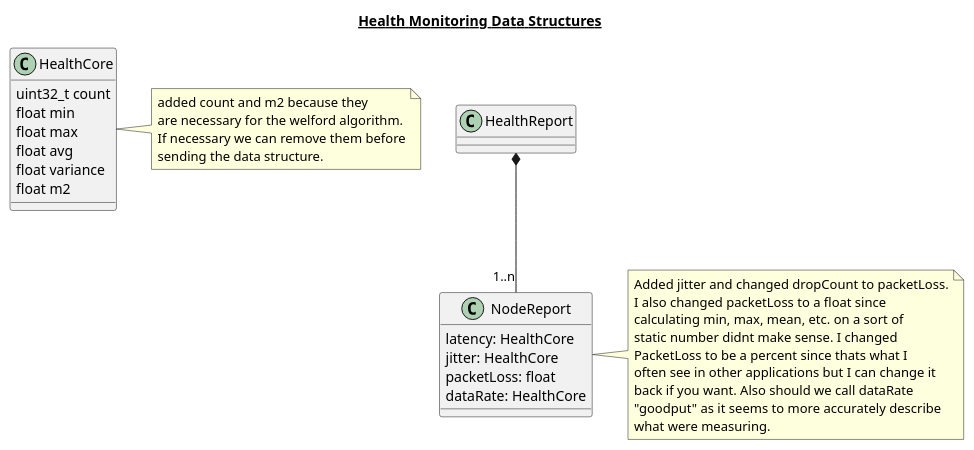
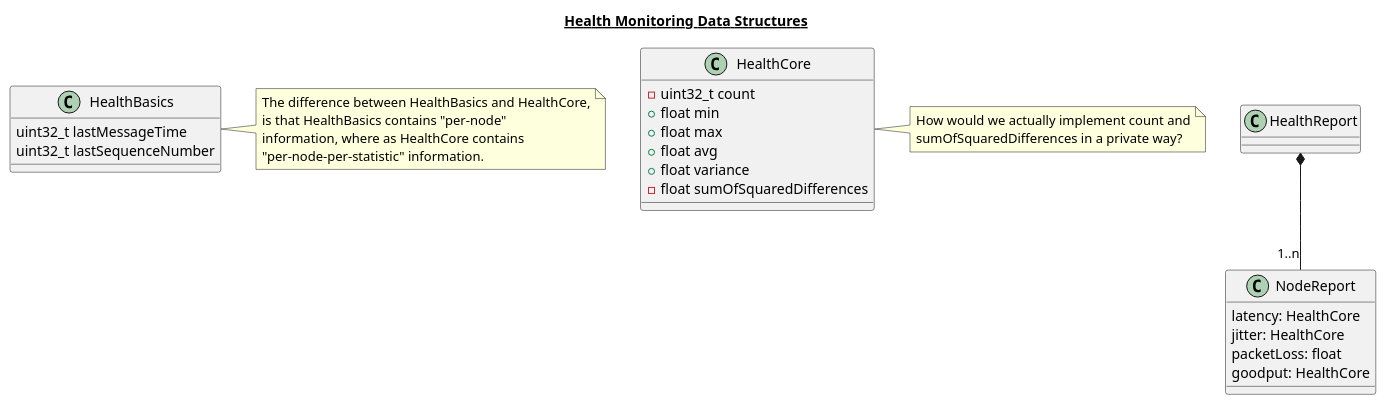
One commit to SystemsCyber/Software-Defined-Truck changed the third of 7 diagrams in Doc/Documentation.md. Above: the diagram before and after it, drawn with PlantUML. The commit also changed other lines of this file and 6 other files, not shown here.

````diff
--- a/Doc/Documentation.md
+++ b/Doc/Documentation.md
@@ -83,23 +77,28 @@
 ```plantuml
 @startuml
     title <u>Health Monitoring Data Structures</u>
+    class HealthBasics {
+        uint32_t lastMessageTime
+        uint32_t lastSequenceNumber
+    }
+    note right of HealthBasics: The difference between HealthBasics and HealthCore,\nis that HealthBasics contains "per-node"\ninformation, where as HealthCore contains\n"per-node-per-statistic" information.
     class HealthCore{
-        uint32_t count
-        float min
-        float max
-        float avg
-        float variance
-        float m2
+        -uint32_t count
+        +float min
+        +float max
+        +float avg
+        +float variance
+        -float sumOfSquaredDifferences
     }
-    note right of HealthCore: added count and m2 because they\nare necessary for the welford algorithm.\nIf necessary we can remove them before\nsending the data structure.
+    note right of HealthCore: How would we actually implement count and\nsumOfSquaredDifferences in a private way?
+
     class NodeReport{
         latency: HealthCore
         jitter: HealthCore
         packetLoss: float
-        dataRate: HealthCore
+        goodput: HealthCore
     }
-    note right of NodeReport: Added jitter and changed dropCount to packetLoss.\nI also changed packetLoss to a float since\ncalculating min, max, mean, etc. on a sort of\nstatic number didnt make sense. I changed\nPacketLoss to be a percent since thats what I\noften see in other applications but I can change it\nback if you want. Also should we call dataRate\n"goodput" as it seems to more accurately describe\nwhat were measuring.
     class HealthReport
     HealthReport *--"1..n" NodeReport
 @enduml
 ```
````
